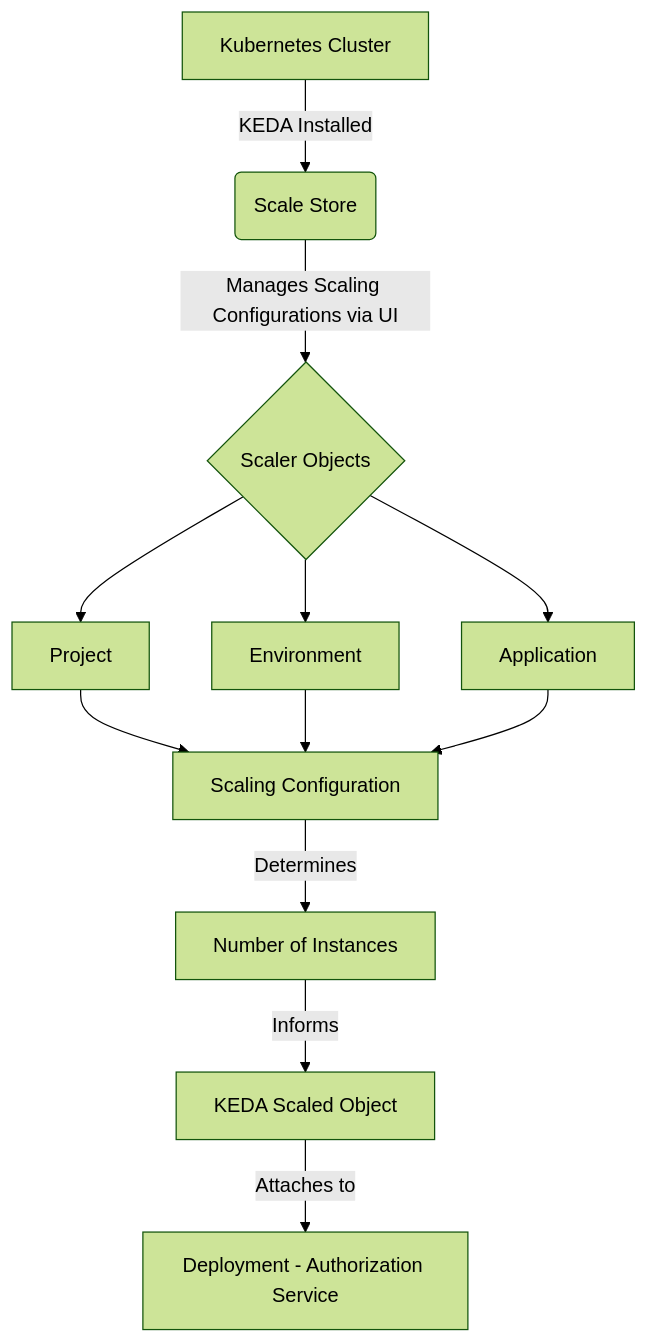
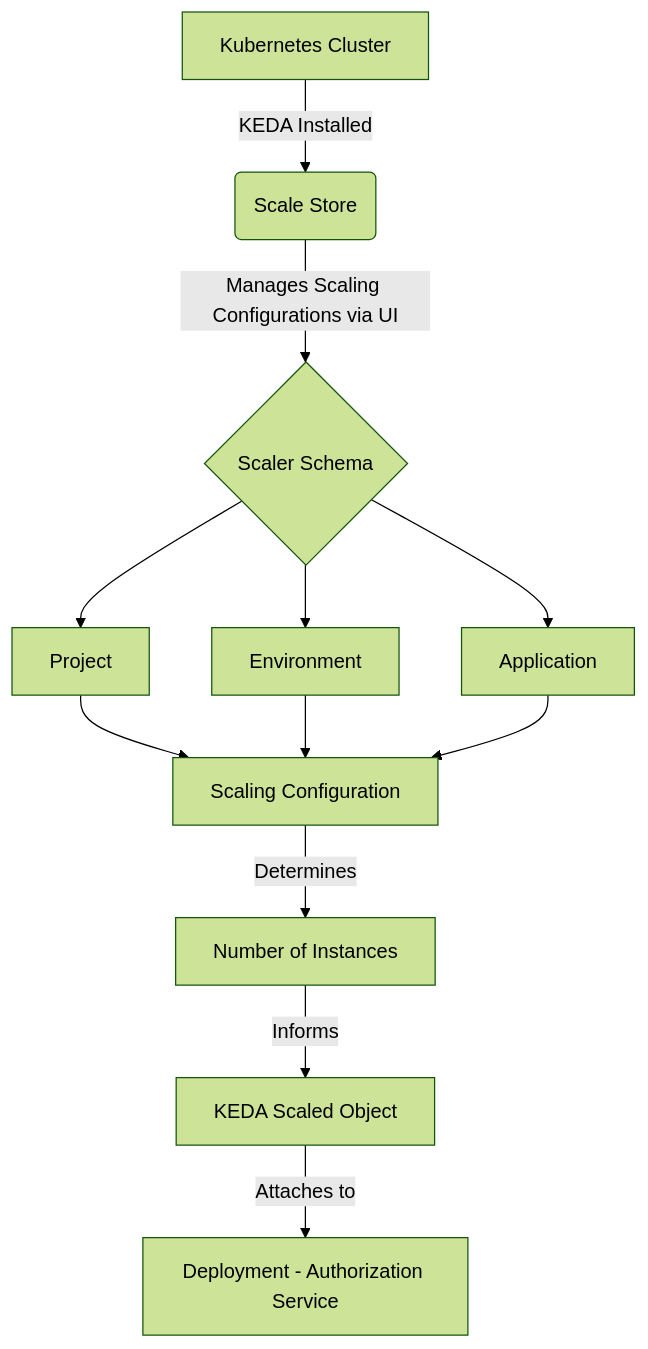
Before and after one commit to josephaw1022/ScaleStore: the diagram in README.md, drawn with Mermaid (forest theme).

````diff
--- a/README.md
+++ b/README.md
@@ -16,14 +16,14 @@
 ```mermaid
 graph TD
     A[Kubernetes Cluster] -->|KEDA Installed| B(Scale Store)
-    B -->|Manages Scaling Configurations via UI| C{Scaler Objects}
+    B -->|Manages Scaling Configurations via UI| C{Scaler Schema}
     C --> D[Project]
     C --> E[Environment]
     C --> F[Application]
     D --> G[Scaling Configuration]
     E --> G
     F --> G
     G -->|Determines| H[Number of Instances]
     H -->|Informs| I[KEDA Scaled Object]
     I -->|Attaches to| J[Deployment - Authorization Service]
 ```
````
